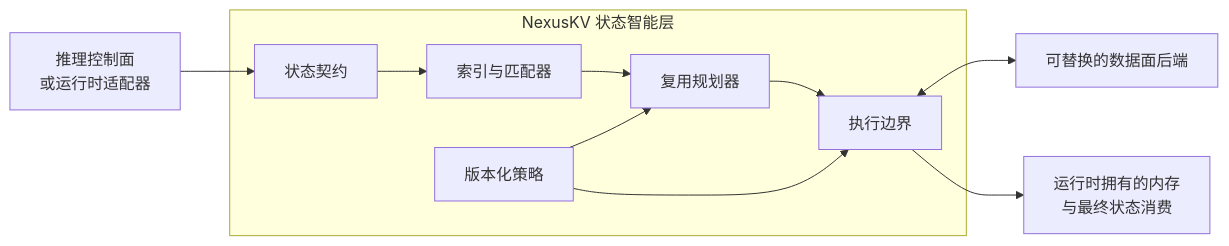
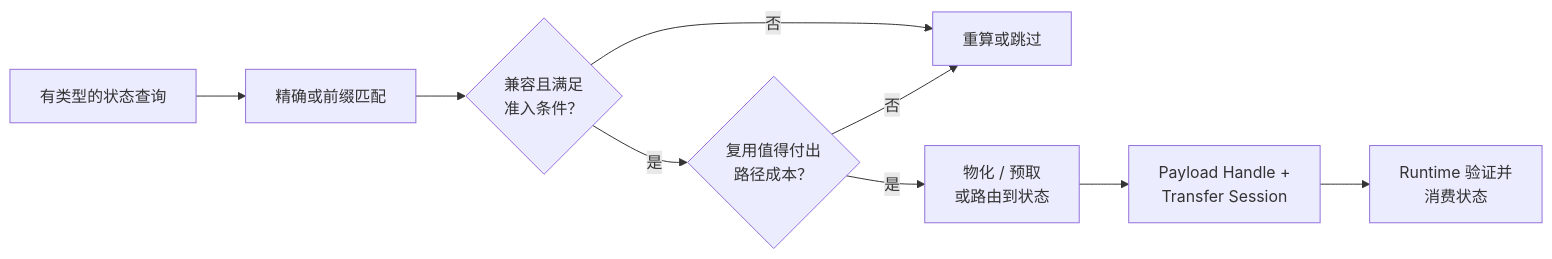
Before and after one commit to imReese/NexusKV: the diagram in README_CN.md, drawn with Mermaid. The commit also changed other lines of this file and 2 other files, not shown here.

````diff
--- a/README_CN.md
+++ b/README_CN.md
@@ -60,23 +68,17 @@
-```mermaid
+~~~mermaid
 flowchart LR
-    caller["推理控制面<br/>或运行时适配器"]
+    query["有类型的状态查询"]
+    match["精确或前缀匹配"]
+    check{"兼容且满足<br/>准入条件？"}
+    plan{"复用值得付出<br/>路径成本？"}
+    action["物化 / 预取<br/>或路由到状态"]
+    fallback["重算或跳过"]
+    receipt["Payload Handle +<br/>Transfer Session"]
+    runtime["Runtime 验证并<br/>消费状态"]
 
-    subgraph nexus["NexusKV 状态智能层"]
-        contract["状态契约"]
-        matcher["索引与匹配器"]
-        planner["复用规划器"]
-        execution["执行边界"]
-        policy["版本化策略"]
-
-        contract --> matcher --> planner --> execution
-        policy --> planner
-        policy --> execution
-    end
-
-    backends["可替换的数据面后端"]
-    runtime["运行时拥有的内存<br/>与最终状态消费"]
-
-    caller --> contract
-    execution <--> backends
-    execution --> runtime
-```
+    query --> match --> check
+    check -- 否 --> fallback
+    check -- 是 --> plan
+    plan -- 否 --> fallback
+    plan -- 是 --> action --> receipt --> runtime
+~~~
````
